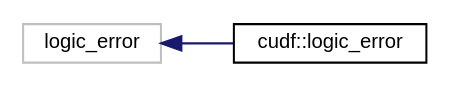
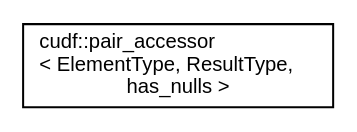
One commit to rapidsai/projects changed the diagram in libcudf/0.9.0/inherit_graph_167.dot. Above: the diagram before and after it, drawn with Graphviz. The commit also changed 707 other files, not shown here.

```diff
--- a/libcudf/0.9.0/inherit_graph_167.dot
+++ b/libcudf/0.9.0/inherit_graph_167.dot
@@ -1,9 +1,7 @@
 digraph "Graphical Class Hierarchy"
 {
   edge [fontname="Helvetica",fontsize="10",labelfontname="Helvetica",labelfontsize="10"];
   node [fontname="Helvetica",fontsize="10",shape=record];
   rankdir="LR";
-  Node150 [label="logic_error",height=0.2,width=0.4,color="grey75", fillcolor="white", style="filled"];
-  Node150 -> Node0 [dir="back",color="midnightblue",fontsize="10",style="solid",fontname="Helvetica"];
-  Node0 [label="cudf::logic_error",height=0.2,width=0.4,color="black", fillcolor="white", style="filled",URL="$structcudf_1_1logic__error.html",tooltip="Exception thrown when logical precondition is violated. "];
+  Node0 [label="cudf::pair_accessor\l\< ElementType, ResultType,\l has_nulls \>",height=0.2,width=0.4,color="black", fillcolor="white", style="filled",URL="$structcudf_1_1pair__accessor.html",tooltip="pair accessor with/without null bitmask A unary function returns thrust::pair<ResultType, bool>. If the element at index i is valid, returns ResultType{data[i]} and true indicating the value was valid. If the element at i is null, returns ResultType{identity} and false indicating the element was null. "];
 }
```
